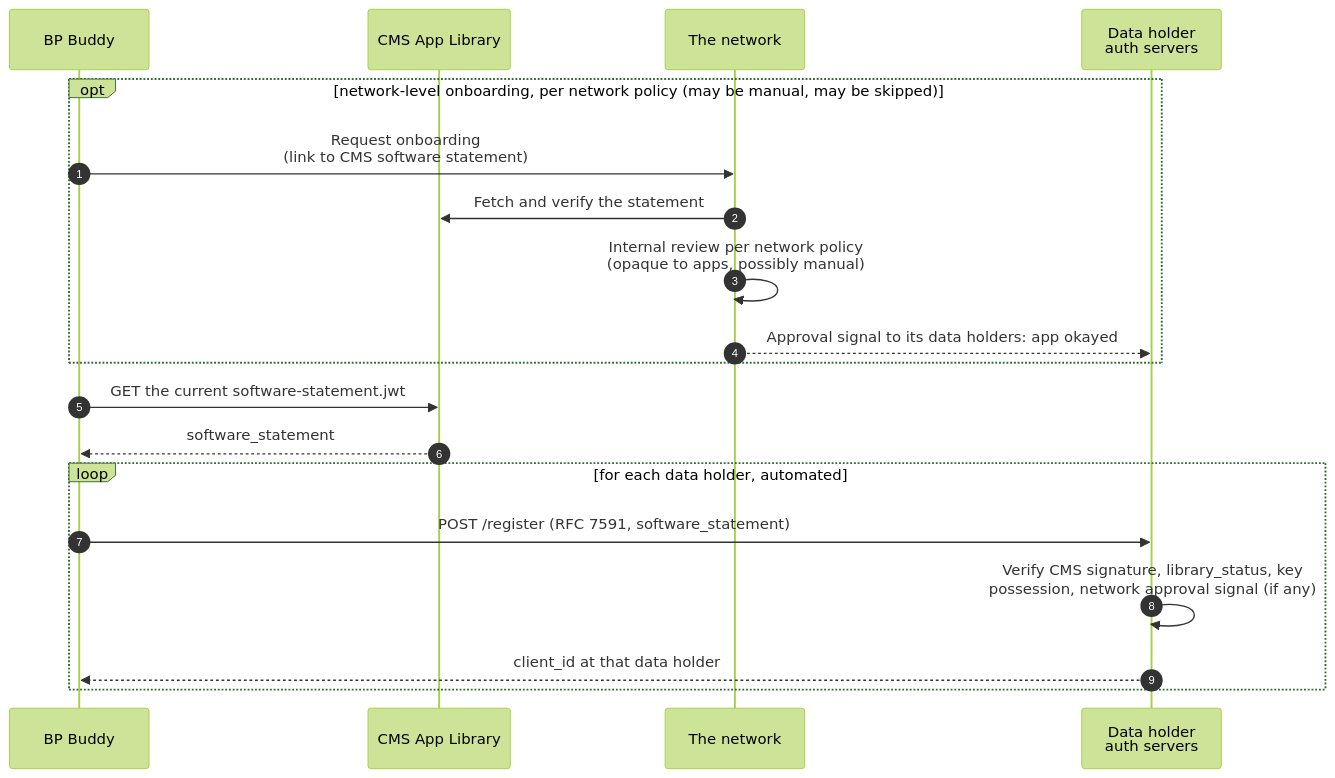
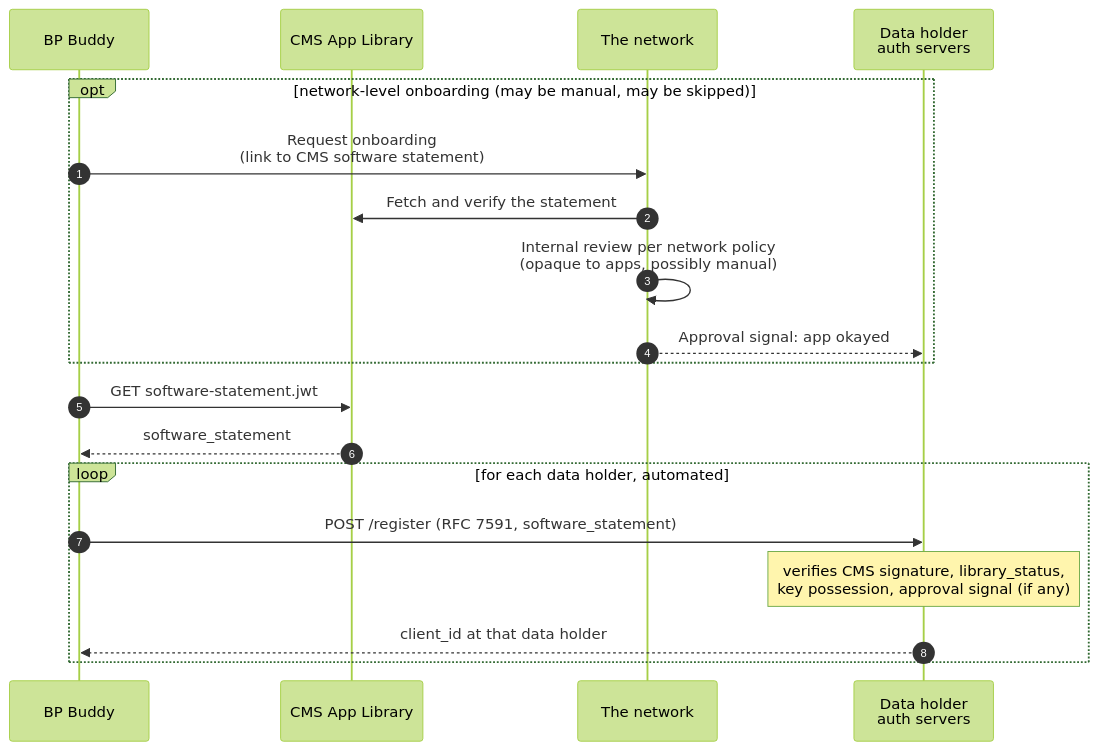
Before and after one commit to jmandel/cms-ns: the second of 7 diagrams in authorizing-access.md, drawn with Mermaid (forest theme). The commit also changed other lines of this file, not shown here.

Commit message:
Registration method names distinguish on the real axis; narrow the dynreg diagram
Headers: once per network through a portal; at each data holder with
the CMS statement; at each data holder with a community certificate.
Both per-data-holder methods are dynamic registration; the credential
is what differs.

````diff
--- a/authorizing-access.md
+++ b/authorizing-access.md
@@ -63,22 +63,22 @@
 ```mermaid
 sequenceDiagram
     autonumber
     participant App as BP Buddy
     participant CMS as CMS App Library
     participant Net as The network
     participant DH as Data holder<br/>auth servers
 
-    opt network-level onboarding, per network policy (may be manual, may be skipped)
+    opt network-level onboarding (may be manual, may be skipped)
         App->>Net: Request onboarding<br/>(link to CMS software statement)
         Net->>CMS: Fetch and verify the statement
         Net->>Net: Internal review per network policy<br/>(opaque to apps, possibly manual)
-        Net-->>DH: Approval signal to its data holders: app okayed
+        Net-->>DH: Approval signal: app okayed
     end
-    App->>CMS: GET the current software-statement.jwt
+    App->>CMS: GET software-statement.jwt
     CMS-->>App: software_statement
     loop for each data holder, automated
         App->>DH: POST /register (RFC 7591, software_statement)
-        DH->>DH: Verify CMS signature, library_status, key<br/>possession, network approval signal (if any)
+        Note over DH: verifies CMS signature, library_status,<br/>key possession, approval signal (if any)
         DH-->>App: client_id at that data holder
     end
 ```
````
